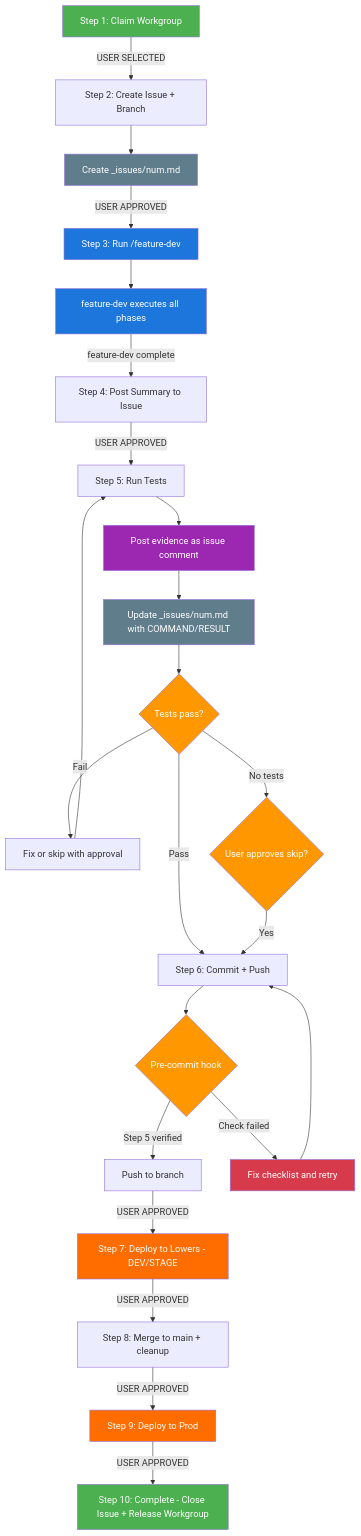
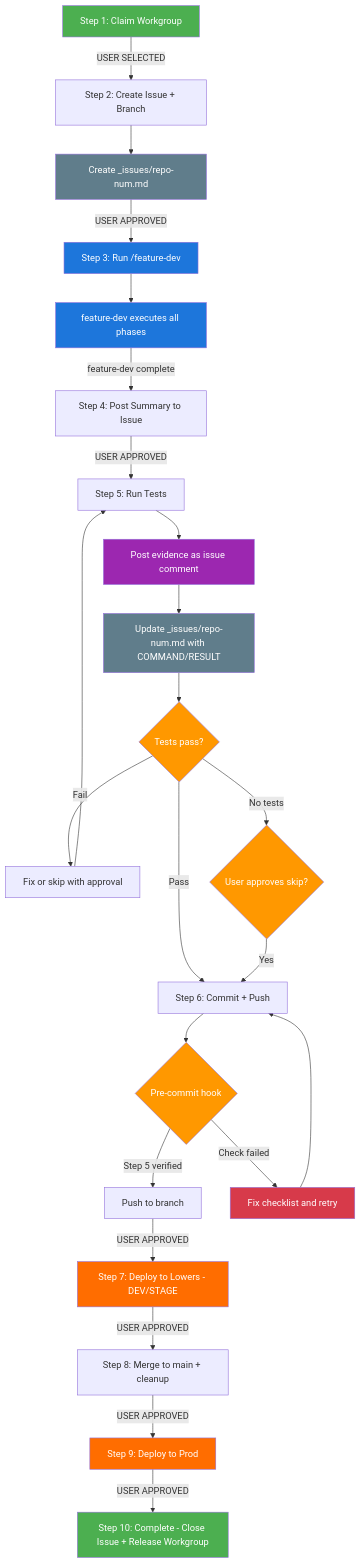
Before and after one commit to mblua/todo-workflow: the first of 5 diagrams in docs/WORKFLOW_DIAGRAM.md, drawn with Mermaid. The commit also changed other lines of this file and 6 other files, not shown here.

First line of the commit message:
feat: Checklist files use <repo>-<num>.md to prevent cross-repo collisions (3.1.0)

````diff
--- a/docs/WORKFLOW_DIAGRAM.md
+++ b/docs/WORKFLOW_DIAGRAM.md
@@ -7,39 +7,39 @@
 ```mermaid
 flowchart TD
     S1[Step 1: Claim Workgroup] -->|USER SELECTED| S2
-    S2[Step 2: Create Issue + Branch] --> CL2[Create _issues/num.md]
+    S2[Step 2: Create Issue + Branch] --> CL2[Create _issues/repo-num.md]
     CL2 -->|USER APPROVED| S3
     S3[Step 3: Run /feature-dev] --> FD[feature-dev executes all phases]
     FD -->|feature-dev complete| S4
     S4[Step 4: Post Summary to Issue] -->|USER APPROVED| S5
     S5[Step 5: Run Tests] --> EV5[Post evidence as issue comment]
-    EV5 --> CL5[Update _issues/num.md with COMMAND/RESULT]
+    EV5 --> CL5[Update _issues/repo-num.md with COMMAND/RESULT]
     CL5 --> RESULT{Tests pass?}
     RESULT -->|Pass| S6
     RESULT -->|Fail| FIX[Fix or skip with approval] --> S5
     RESULT -->|No tests| SKIP{User approves skip?}
     SKIP -->|Yes| S6
     S6[Step 6: Commit + Push] --> HOOK{Pre-commit hook}
     HOOK -->|Step 5 verified| S6OK[Push to branch]
     HOOK -->|Check failed| S6FAIL[Fix checklist and retry]
     S6FAIL --> S6
     S6OK -->|USER APPROVED| S7
     S7[Step 7: Deploy to Lowers - DEV/STAGE] -->|USER APPROVED| S8
     S8[Step 8: Merge to main + cleanup] -->|USER APPROVED| S9
     S9[Step 9: Deploy to Prod] -->|USER APPROVED| S10
     S10[Step 10: Complete - Close Issue + Release Workgroup]
 
     style S1 fill:#4CAF50,color:#fff
     style S3 fill:#1D76DB,color:#fff
     style S10 fill:#4CAF50,color:#fff
     style RESULT fill:#FF9800,color:#fff
     style SKIP fill:#FF9800,color:#fff
     style HOOK fill:#FF9800,color:#fff
     style S6FAIL fill:#D73A4A,color:#fff
     style EV5 fill:#9C27B0,color:#fff
     style CL2 fill:#607D8B,color:#fff
     style CL5 fill:#607D8B,color:#fff
     style FD fill:#1D76DB,color:#fff
     style S7 fill:#FF6D00,color:#fff
     style S9 fill:#FF6D00,color:#fff
 ```
````
